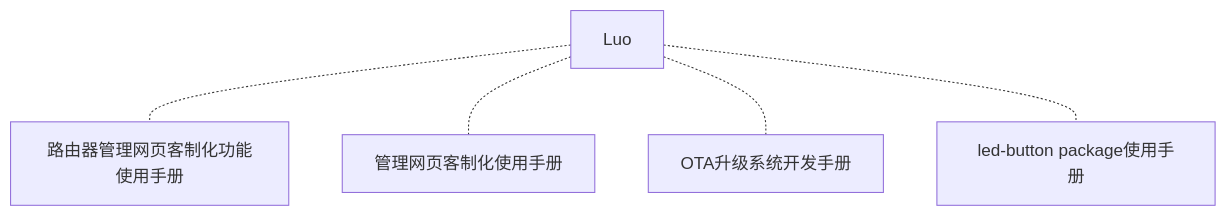
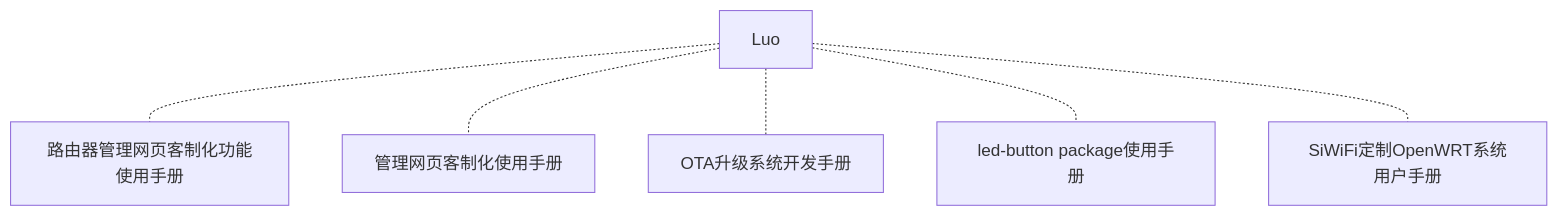
The third of 7 diagrams in _posts/meetings/2020-7-17-meetings.md (Siflower/siflower.github.io), drawn with Mermaid before and after one commit. The commit also changed other lines of this file and 3 other files, not shown here.

````diff
--- a/_posts/meetings/2020-7-17-meetings.md
+++ b/_posts/meetings/2020-7-17-meetings.md
@@ -74,15 +72,17 @@
 ```mermaid
 graph TB
 F[Luo]
 F-.-F1[路由器管理网页客制化功能使用手册]
 F-.-F2[管理网页客制化使用手册]
 F-.-F3[OTA升级系统开发手册]
 F-.-F4[led-button package使用手册]
+F-.-F5[SiWiFi定制OpenWRT系统用户手册]
 
 click F1 "https://open.siflower.cn/#/console/documents?id=5e439ecb59080100011ecdcc" "路由器管理网页客制化功能使用手册"
 click F2 "https://open.siflower.cn/#/console/documents?id=5e43a0ed59080100011ecdce" "管理网页客制化使用手册"
 click F3 "https://open.siflower.cn/#/console/documents?id=5e46071259080100011ece3a" "OTA升级系统开发手册"
 
 click F4 "https://open.siflower.cn/#/console/documents?id=5e56195459080100011ecf38" "led-button package使用手册"
 
+click F5 "https://open.siflower.cn/#/console/documents?id=5e43c00b59080100011ecde6" "SiWiFi定制OpenWRT系统用户手册"
 ```
````
